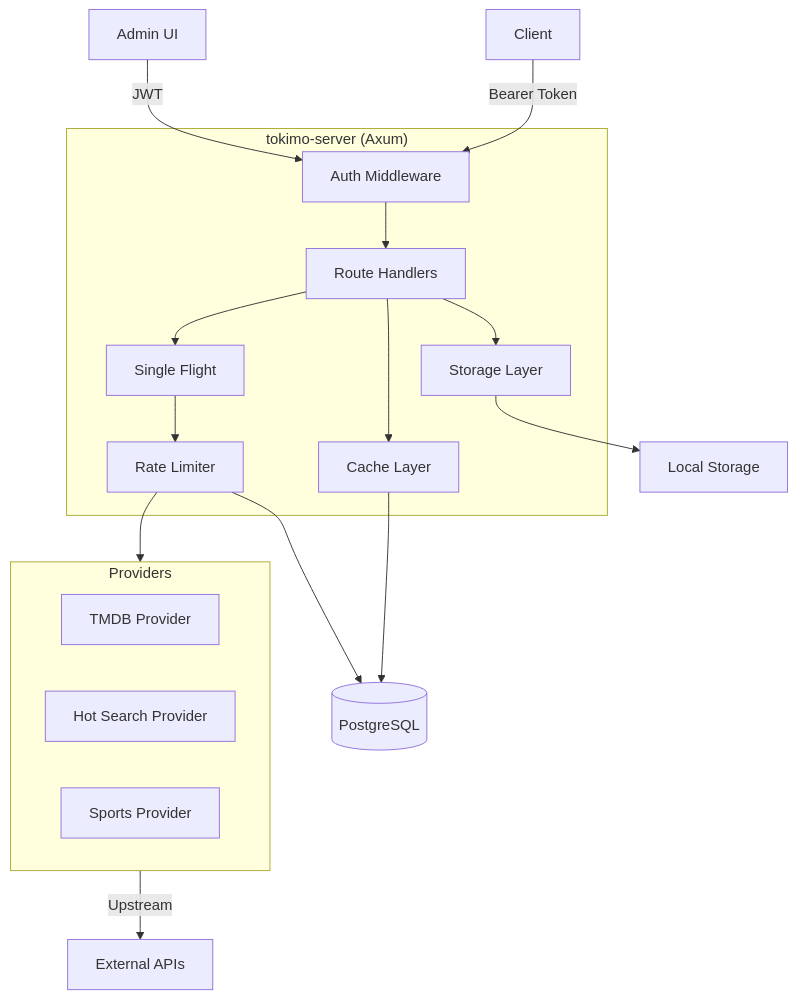
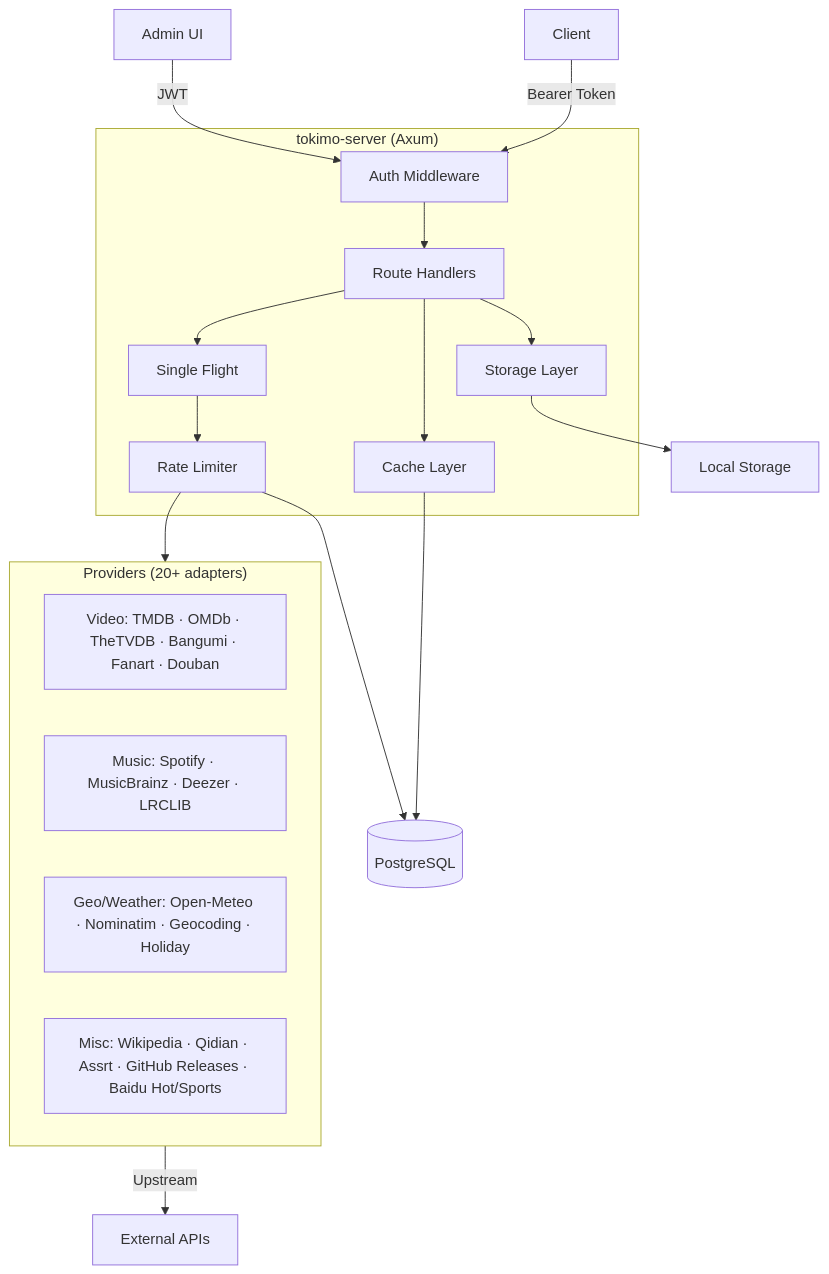
The diagram in README.md (tokimo-lab/tokimo-server), drawn with Mermaid before and after one commit. The commit also changed other lines of this file, not shown here.

First line of the commit message:
docs(readme): refresh provider table for Phase 1-5 migrations

````diff
--- a/README.md
+++ b/README.md
@@ -26,36 +25,37 @@
 ```mermaid
 graph TB
     Client[Client]
     Admin[Admin UI]
     
     subgraph Server["tokimo-server (Axum)"]
         Auth[Auth Middleware]
         Routes[Route Handlers]
         SF[Single Flight]
         RL[Rate Limiter]
         Cache[Cache Layer]
         Storage[Storage Layer]
     end
     
-    subgraph Providers
-        TMDB[TMDB Provider]
-        Hot[Hot Search Provider]
-        Sports[Sports Provider]
+    subgraph Providers["Providers (20+ adapters)"]
+        Video[Video: TMDB · OMDb · TheTVDB · Bangumi · Fanart · Douban]
+        Music[Music: Spotify · MusicBrainz · Deezer · LRCLIB]
+        Geo[Geo/Weather: Open-Meteo · Nominatim · Geocoding · Holiday]
+        Misc[Misc: Wikipedia · Qidian · Assrt · GitHub Releases · Baidu Hot/Sports]
     end
     
     DB[(PostgreSQL)]
     FS[Local Storage]
     
     Client -->|Bearer Token| Auth
     Admin -->|JWT| Auth
     Auth --> Routes
     Routes --> SF
     SF --> RL
     RL --> Providers
     Routes --> Cache
     Routes --> Storage
     Cache --> DB
     RL --> DB
     Storage --> FS
     Providers -->|Upstream| External[External APIs]
 ```
````
